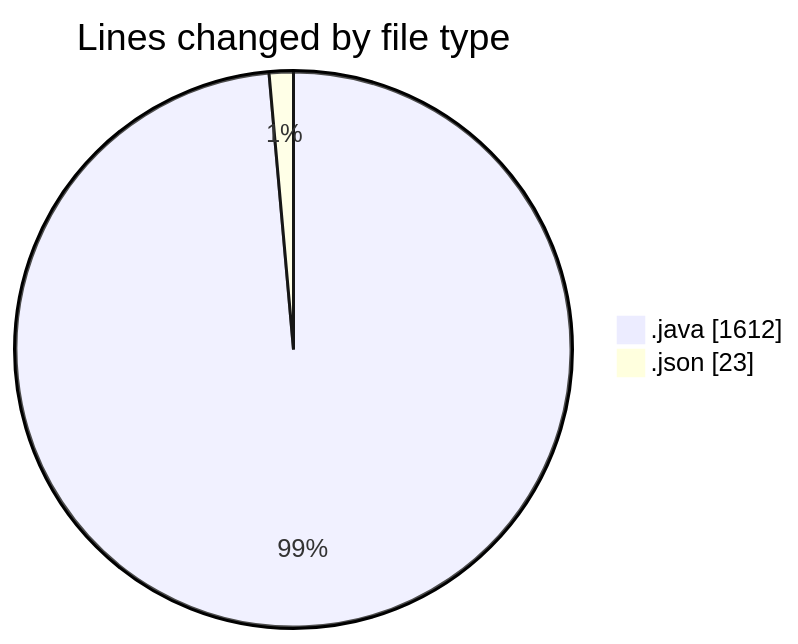
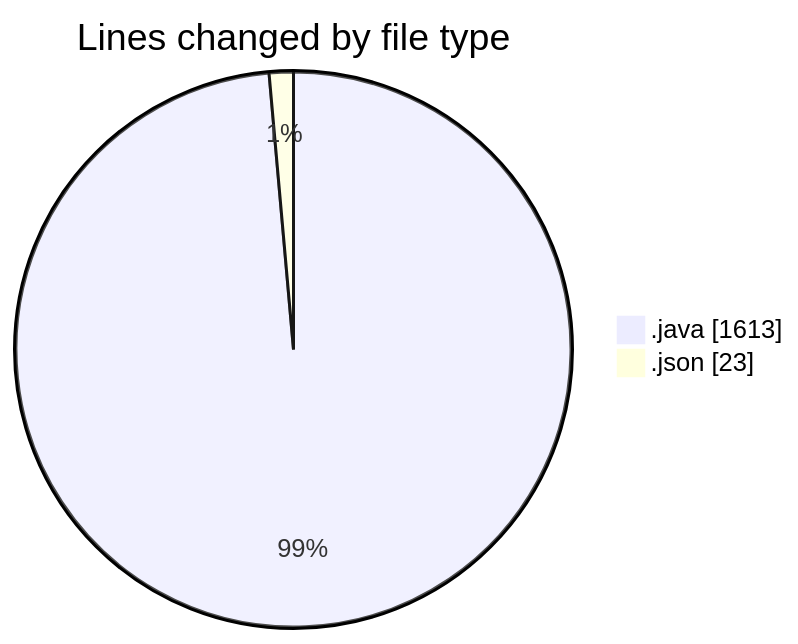
Before and after one commit to ricardozamudiocil/code-tracking: the first of 2 diagrams in 2026-03-30/cilapp/README.md, drawn with Mermaid. The commit also changed other lines of this file and 1 other file, not shown here.

````diff
--- a/2026-03-30/cilapp/README.md
+++ b/2026-03-30/cilapp/README.md
@@ -25,6 +25,6 @@
 ```mermaid
 pie showData
 title Lines changed by file type
-".java" : 1612
+".java" : 1613
 ".json" : 23
 ```
````
